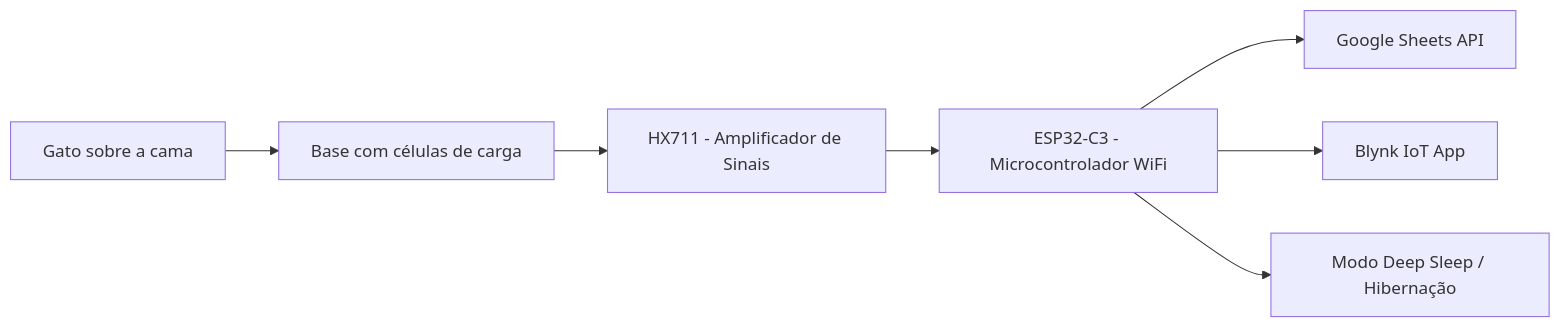
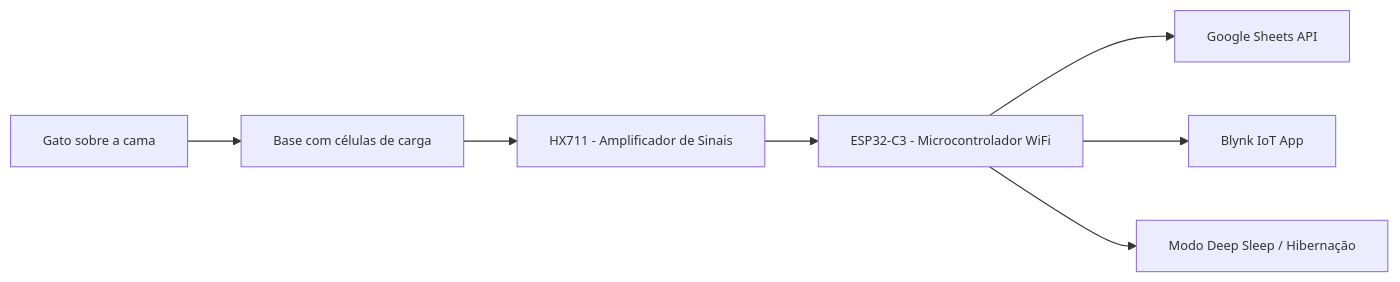
Before and after one commit to arnaldomacari/CamaGatoIoT: the diagram in README.md, drawn with Mermaid. The commit also changed other lines of this file, not shown here.

````diff
--- a/README.md
+++ b/README.md
@@ -42,9 +48,10 @@
 ```mermaid
+%%{init: {"theme": "default", "themeVariables": {"fontSize": "12px"}, "config": {"zoom": false, "pan": false}}}%%
 graph LR
 A[Gato sobre a cama] --> B[Base com células de carga]
 B --> C[HX711 - Amplificador de Sinais]
 C --> D[ESP32-C3 - Microcontrolador WiFi]
 D --> E[Google Sheets API]
 D --> F[Blynk IoT App]
 D --> G[Modo Deep Sleep / Hibernação]
 ```
````
